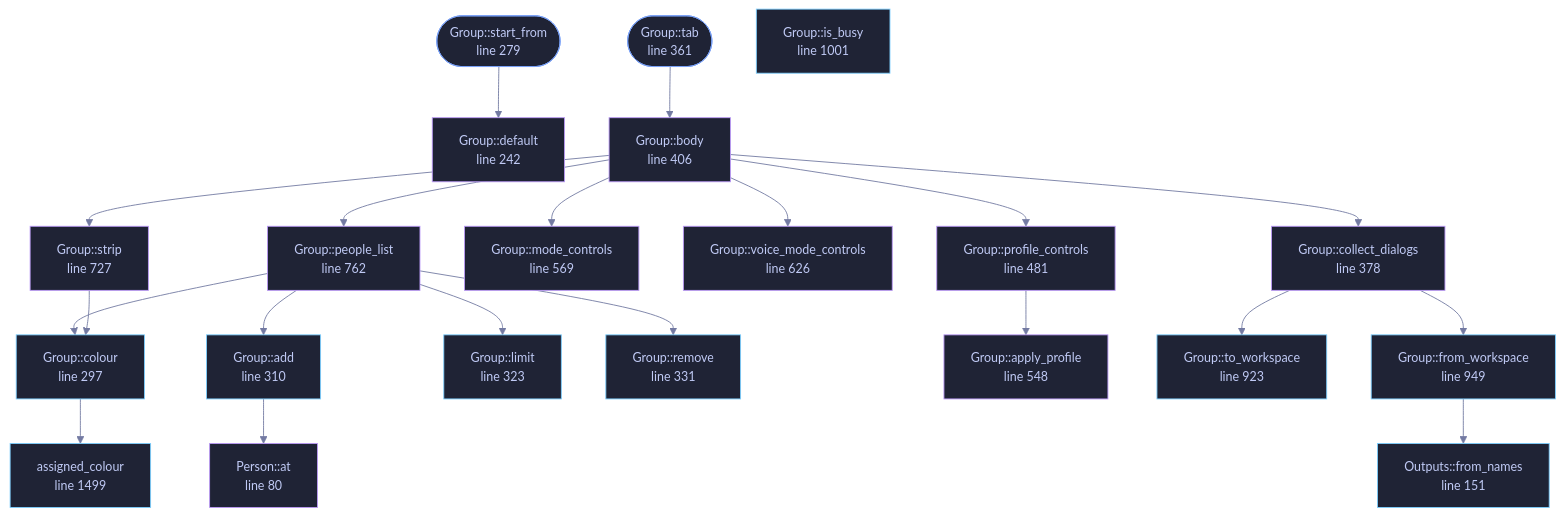
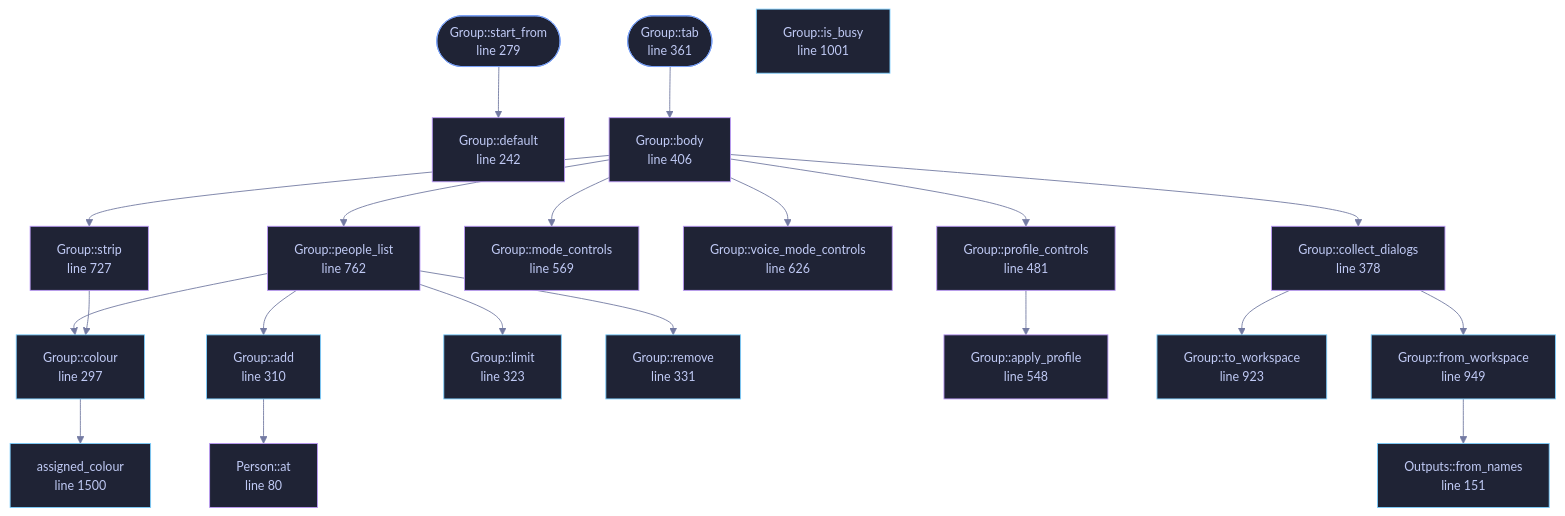
The diagram in docs/files/veilvoice-gui/group.md (tilas01/veilvoice), drawn with Mermaid before and after one commit. The commit also changed other lines of this file and 96 other files, not shown here.

````diff
--- a/docs/files/veilvoice-gui/group.md
+++ b/docs/files/veilvoice-gui/group.md
@@ -125,73 +125,73 @@
 ```mermaid
 %%{init: {"theme":"base","themeVariables":{"background":"#1a1b26","primaryColor":"#1f2335","primaryTextColor":"#c0caf5","primaryBorderColor":"#7aa2f7","secondaryColor":"#16161e","tertiaryColor":"#16161e","lineColor":"#737aa2","textColor":"#c0caf5","mainBkg":"#1f2335","nodeBorder":"#7aa2f7","clusterBkg":"#16161e","clusterBorder":"#2f3549","fontFamily":"ui-monospace, SFMono-Regular, Consolas, monospace","fontSize":"14px"}}}%%
 flowchart TD
     n_at["Person::at<br/>line 80"]
     n_default["Outputs::default<br/>line 112"]
     n_from_names["Outputs::from_names<br/>line 151"]
     n_default["Group::default<br/>line 242"]
     n_start_from(["Group::start_from<br/>line 279"])
     n_colour["Group::colour<br/>line 297"]
     n_add["Group::add<br/>line 310"]
     n_limit["Group::limit<br/>line 323"]
     n_remove["Group::remove<br/>line 331"]
     n_tab(["Group::tab<br/>line 361"])
     n_collect_dialogs["Group::collect_dialogs<br/>line 378"]
     n_body["Group::body<br/>line 406"]
     n_profile_controls["Group::profile_controls<br/>line 481"]
     n_apply_profile["Group::apply_profile<br/>line 548"]
     n_mode_controls["Group::mode_controls<br/>line 569"]
     n_voice_mode_controls["Group::voice_mode_controls<br/>line 626"]
     n_strip["Group::strip<br/>line 727"]
     n_people_list["Group::people_list<br/>line 762"]
     n_to_workspace["Group::to_workspace<br/>line 923"]
     n_from_workspace["Group::from_workspace<br/>line 949"]
     n_is_busy["Group::is_busy<br/>line 1001"]
-    n_assigned_colour["assigned_colour<br/>line 1499"]
+    n_assigned_colour["assigned_colour<br/>line 1500"]
     n_add --> n_at
     n_body --> n_collect_dialogs
     n_body --> n_mode_controls
     n_body --> n_people_list
     n_body --> n_profile_controls
     n_body --> n_strip
     n_body --> n_voice_mode_controls
     n_collect_dialogs --> n_from_workspace
     n_collect_dialogs --> n_to_workspace
     n_colour --> n_assigned_colour
     n_from_workspace --> n_from_names
     n_people_list --> n_add
     n_people_list --> n_colour
     n_people_list --> n_limit
     n_people_list --> n_remove
     n_profile_controls --> n_apply_profile
     n_start_from --> n_default
     n_strip --> n_colour
     n_tab --> n_body
     click n_at href "https://github.com/tilas01/veilvoice/blob/main/crates/veilvoice-gui/src/group.rs#L80" "open the source"
     click n_default href "https://github.com/tilas01/veilvoice/blob/main/crates/veilvoice-gui/src/group.rs#L112" "open the source"
     click n_from_names href "https://github.com/tilas01/veilvoice/blob/main/crates/veilvoice-gui/src/group.rs#L151" "open the source"
     click n_default href "https://github.com/tilas01/veilvoice/blob/main/crates/veilvoice-gui/src/group.rs#L242" "open the source"
     click n_start_from href "https://github.com/tilas01/veilvoice/blob/main/crates/veilvoice-gui/src/group.rs#L279" "open the source"
     click n_colour href "https://github.com/tilas01/veilvoice/blob/main/crates/veilvoice-gui/src/group.rs#L297" "open the source"
     click n_add href "https://github.com/tilas01/veilvoice/blob/main/crates/veilvoice-gui/src/group.rs#L310" "open the source"
     click n_limit href "https://github.com/tilas01/veilvoice/blob/main/crates/veilvoice-gui/src/group.rs#L323" "open the source"
     click n_remove href "https://github.com/tilas01/veilvoice/blob/main/crates/veilvoice-gui/src/group.rs#L331" "open the source"
     click n_tab href "https://github.com/tilas01/veilvoice/blob/main/crates/veilvoice-gui/src/group.rs#L361" "open the source"
     click n_collect_dialogs href "https://github.com/tilas01/veilvoice/blob/main/crates/veilvoice-gui/src/group.rs#L378" "open the source"
     click n_body href "https://github.com/tilas01/veilvoice/blob/main/crates/veilvoice-gui/src/group.rs#L406" "open the source"
     click n_profile_controls href "https://github.com/tilas01/veilvoice/blob/main/crates/veilvoice-gui/src/group.rs#L481" "open the source"
     click n_apply_profile href "https://github.com/tilas01/veilvoice/blob/main/crates/veilvoice-gui/src/group.rs#L548" "open the source"
     click n_mode_controls href "https://github.com/tilas01/veilvoice/blob/main/crates/veilvoice-gui/src/group.rs#L569" "open the source"
     click n_voice_mode_controls href "https://github.com/tilas01/veilvoice/blob/main/crates/veilvoice-gui/src/group.rs#L626" "open the source"
     click n_strip href "https://github.com/tilas01/veilvoice/blob/main/crates/veilvoice-gui/src/group.rs#L727" "open the source"
     click n_people_list href "https://github.com/tilas01/veilvoice/blob/main/crates/veilvoice-gui/src/group.rs#L762" "open the source"
     click n_to_workspace href "https://github.com/tilas01/veilvoice/blob/main/crates/veilvoice-gui/src/group.rs#L923" "open the source"
     click n_from_workspace href "https://github.com/tilas01/veilvoice/blob/main/crates/veilvoice-gui/src/group.rs#L949" "open the source"
     click n_is_busy href "https://github.com/tilas01/veilvoice/blob/main/crates/veilvoice-gui/src/group.rs#L1001" "open the source"
-    click n_assigned_colour href "https://github.com/tilas01/veilvoice/blob/main/crates/veilvoice-gui/src/group.rs#L1499" "open the source"
+    click n_assigned_colour href "https://github.com/tilas01/veilvoice/blob/main/crates/veilvoice-gui/src/group.rs#L1500" "open the source"
     classDef entry fill:#1f2335,stroke:#7aa2f7,color:#c0caf5
     class n_start_from,n_tab entry
     classDef api fill:#1f2335,stroke:#7dcfff,color:#c0caf5
     class n_from_names,n_colour,n_add,n_limit,n_remove,n_to_workspace,n_from_workspace,n_is_busy,n_assigned_colour api
     classDef helper fill:#1f2335,stroke:#bb9af7,color:#c0caf5
     class n_at,n_default,n_default,n_collect_dialogs,n_body,n_profile_controls,n_apply_profile,n_mode_controls,n_voice_mode_controls,n_strip,n_people_list helper
 ```
````
